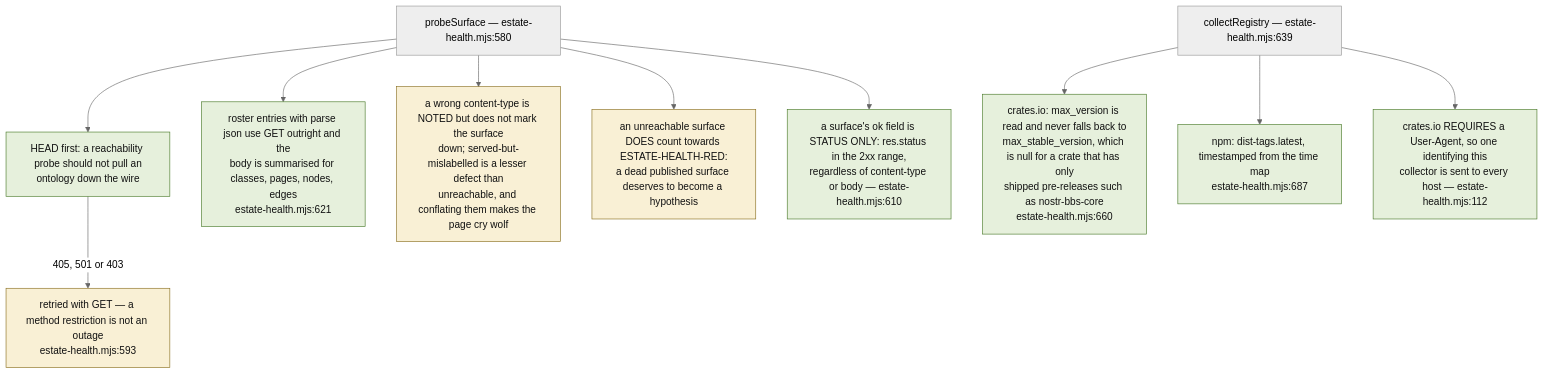
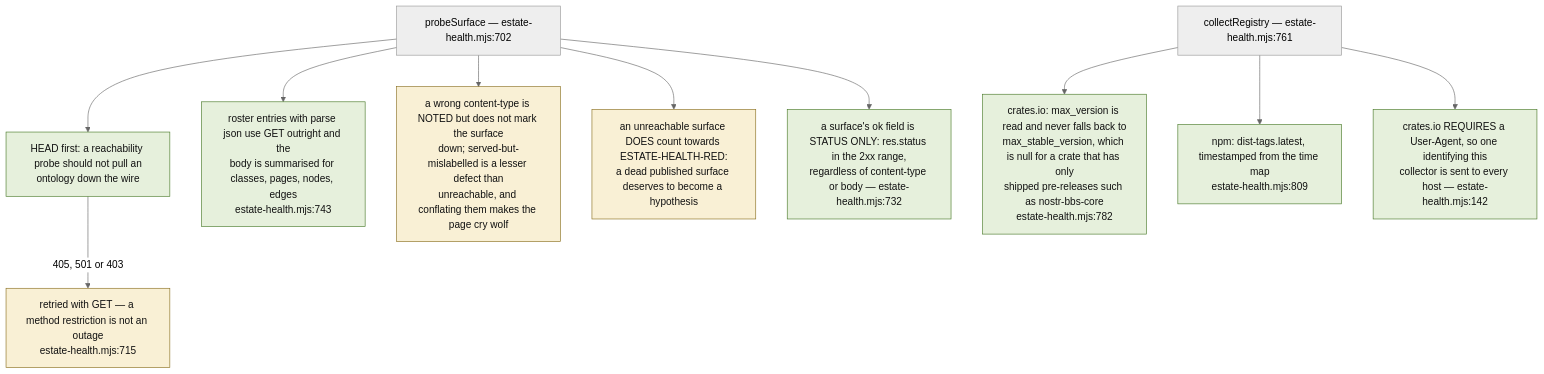
One commit to DreamLab-AI/VisionFlow changed the seventh of 9 diagrams in docs/diagrams/visionflow/03-estate-health.md. Above: the diagram before and after it, drawn with Mermaid (neutral theme). The commit also changed other lines of this file and 94 other files, not shown here.

First line of the commit message:
docs(diagrams): re-verify 130 topics against 2 October HEADs

````diff
--- a/docs/diagrams/visionflow/03-estate-health.md
+++ b/docs/diagrams/visionflow/03-estate-health.md
@@ -202,20 +225,20 @@
 ```mermaid
 flowchart TB
     classDef ok fill:#e6f0dc,stroke:#4a7a2a,color:#111
     classDef warn fill:#f9f0d5,stroke:#8a7020,color:#111
 
-    S["probeSurface — estate-health.mjs:580"]
+    S["probeSurface — estate-health.mjs:702"]
     S --> H["HEAD first: a reachability probe should not pull an<br/>ontology down the wire"]:::ok
-    H -->|"405, 501 or 403"| G["retried with GET — a method restriction is not an outage<br/>estate-health.mjs:593"]:::warn
-    S --> J["roster entries with parse json use GET outright and the<br/>body is summarised for classes, pages, nodes, edges<br/>estate-health.mjs:621"]:::ok
+    H -->|"405, 501 or 403"| G["retried with GET — a method restriction is not an outage<br/>estate-health.mjs:715"]:::warn
+    S --> J["roster entries with parse json use GET outright and the<br/>body is summarised for classes, pages, nodes, edges<br/>estate-health.mjs:743"]:::ok
     S --> CT["a wrong content-type is NOTED but does not mark the surface<br/>down; served-but-mislabelled is a lesser defect than<br/>unreachable, and conflating them makes the page cry wolf"]:::warn
     S --> DOWN["an unreachable surface DOES count towards ESTATE-HEALTH-RED:<br/>a dead published surface deserves to become a hypothesis"]:::warn
 
-    R["collectRegistry — estate-health.mjs:639"]
-    R --> CR["crates.io: max_version is read and never falls back to<br/>max_stable_version, which is null for a crate that has only<br/>shipped pre-releases such as nostr-bbs-core<br/>estate-health.mjs:660"]:::ok
-    R --> NP["npm: dist-tags.latest, timestamped from the time map<br/>estate-health.mjs:687"]:::ok
-    R --> UA["crates.io REQUIRES a User-Agent, so one identifying this<br/>collector is sent to every host — estate-health.mjs:112"]:::ok
+    R["collectRegistry — estate-health.mjs:761"]
+    R --> CR["crates.io: max_version is read and never falls back to<br/>max_stable_version, which is null for a crate that has only<br/>shipped pre-releases such as nostr-bbs-core<br/>estate-health.mjs:782"]:::ok
+    R --> NP["npm: dist-tags.latest, timestamped from the time map<br/>estate-health.mjs:809"]:::ok
+    R --> UA["crates.io REQUIRES a User-Agent, so one identifying this<br/>collector is sent to every host — estate-health.mjs:142"]:::ok
 
-    OKDEF["a surface's ok field is STATUS ONLY: res.status in the 2xx range,<br/>regardless of content-type or body — estate-health.mjs:610"]:::ok
+    OKDEF["a surface's ok field is STATUS ONLY: res.status in the 2xx range,<br/>regardless of content-type or body — estate-health.mjs:732"]:::ok
     S --> OKDEF
 ```
````
